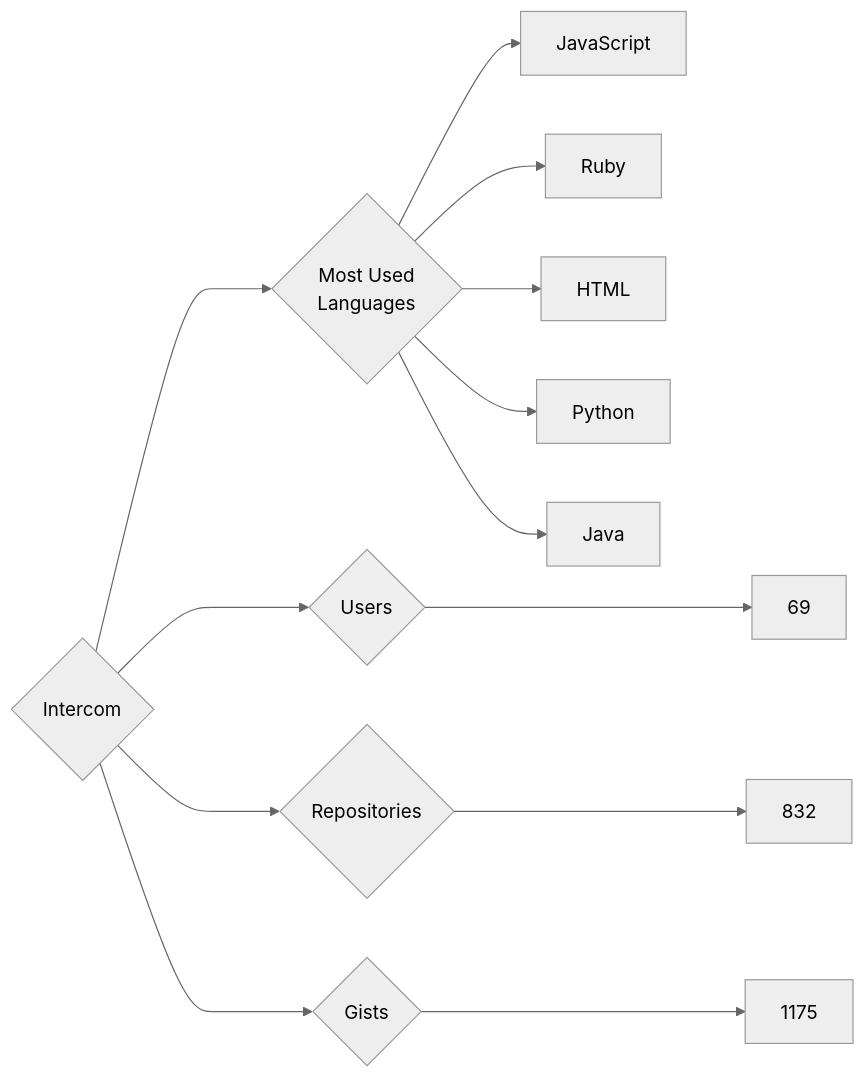
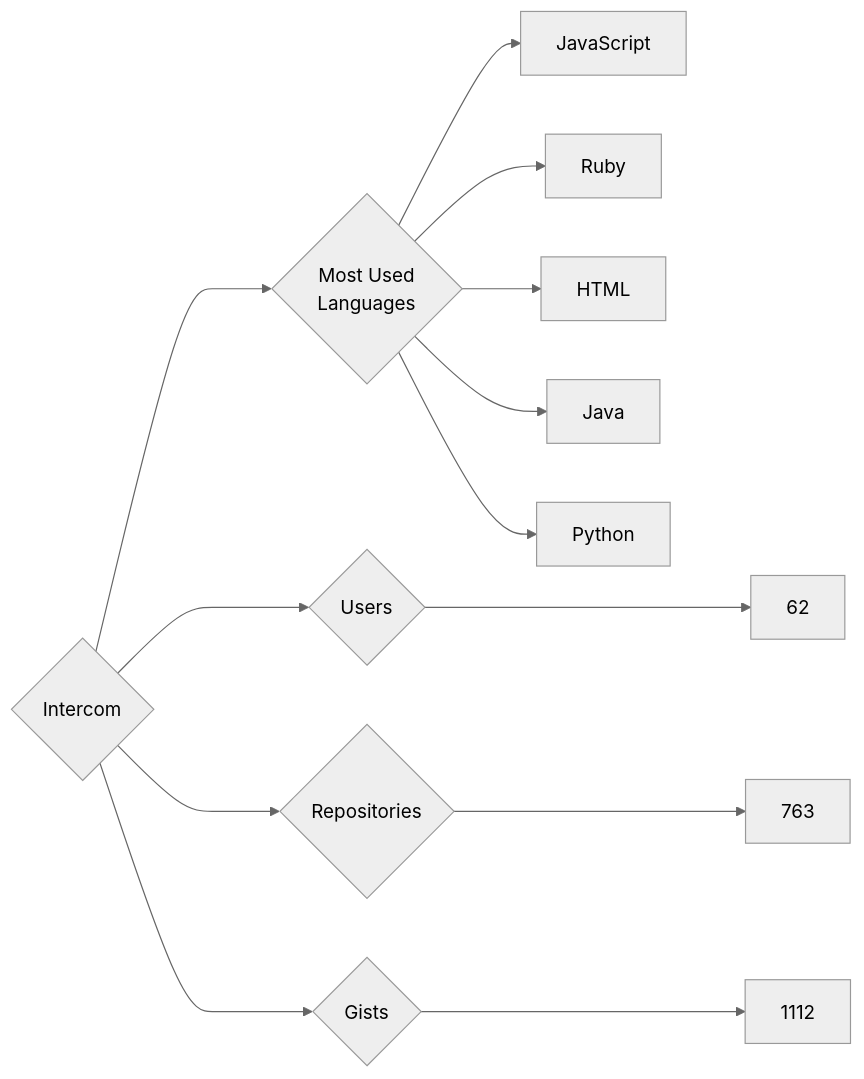
The diagram in targets/Intercom/README.md (trickest/insiders), drawn with Mermaid (neutral theme) before and after one commit. The commit also changed 622 other files, not shown here.

````diff
--- a/targets/Intercom/README.md
+++ b/targets/Intercom/README.md
@@ -3,13 +3,13 @@
 ```mermaid
 graph LR
 COMPANY_NAME{Intercom}
-COMPANY_NAME ---> U{Users} ---> UN[69]
-COMPANY_NAME ---> R{Repositories} ---> RN[832]
-COMPANY_NAME ---> G{Gists} ---> GN[1175]
+COMPANY_NAME ---> U{Users} ---> UN[62]
+COMPANY_NAME ---> R{Repositories} ---> RN[763]
+COMPANY_NAME ---> G{Gists} ---> GN[1112]
 COMPANY_NAME ---> ML{Most Used<br>Languages}
 ML --> JavaScript[JavaScript]
 ML --> Ruby[Ruby]
 ML --> HTML[HTML]
+ML --> Java[Java]
 ML --> Python[Python]
-ML --> Java[Java]
 ```
````
